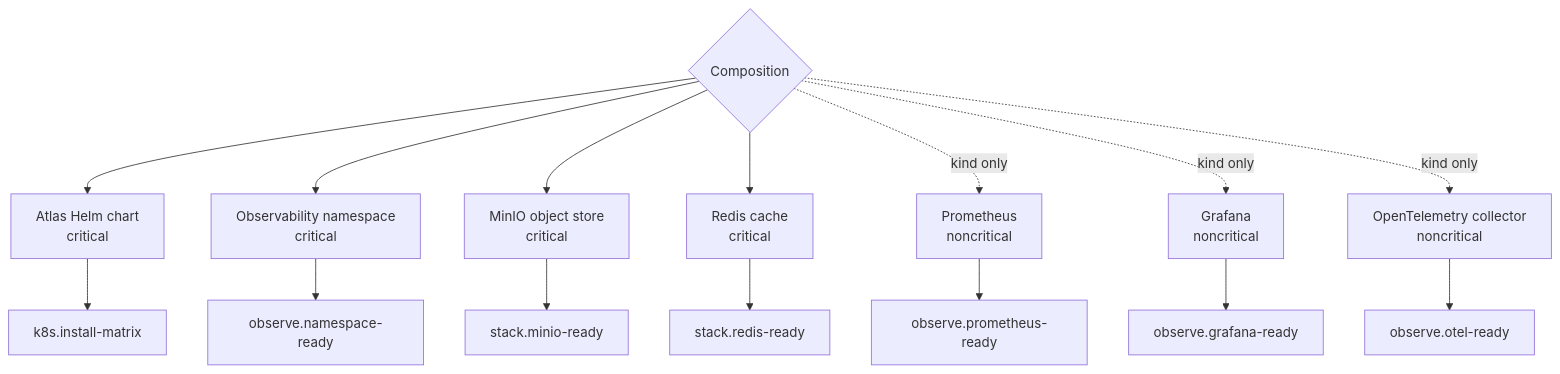
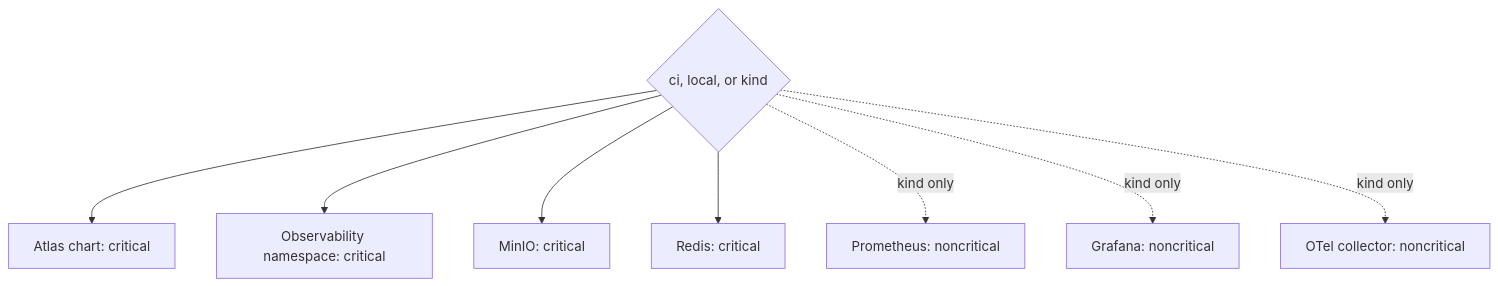
One commit to bijux/bijux-atlas changed the first of 2 diagrams in docs/bijux-atlas-ops/stack/dependency-graph.md. Above: the diagram before and after it, drawn with Mermaid. The commit also changed other lines of this file and 1 other file, not shown here.

Commit message:
docs(stack): separate serving authority from acceleration

````diff
--- a/docs/bijux-atlas-ops/stack/dependency-graph.md
+++ b/docs/bijux-atlas-ops/stack/dependency-graph.md
@@ -19,18 +19,11 @@
 ```mermaid
 flowchart TD
-    Profile{"Composition"}
-    Profile --> Chart["Atlas Helm chart<br/>critical"]
-    Profile --> Namespace["Observability namespace<br/>critical"]
-    Profile --> MinIO["MinIO object store<br/>critical"]
-    Profile --> Redis["Redis cache<br/>critical"]
-    Profile -. kind only .-> Prometheus["Prometheus<br/>noncritical"]
-    Profile -. kind only .-> Grafana["Grafana<br/>noncritical"]
-    Profile -. kind only .-> OTel["OpenTelemetry collector<br/>noncritical"]
-    Chart --> Install["k8s.install-matrix"]
-    Namespace --> NamespaceReady["observe.namespace-ready"]
-    MinIO --> MinIOReady["stack.minio-ready"]
-    Redis --> RedisReady["stack.redis-ready"]
-    Prometheus --> PromReady["observe.prometheus-ready"]
-    Grafana --> GrafanaReady["observe.grafana-ready"]
-    OTel --> OTelReady["observe.otel-ready"]
+    Profile{ci, local, or kind}
+    Profile --> Chart[Atlas chart: critical]
+    Profile --> Namespace[Observability namespace: critical]
+    Profile --> MinIO[MinIO: critical]
+    Profile --> Redis[Redis: critical]
+    Profile -. kind only .-> Prometheus[Prometheus: noncritical]
+    Profile -. kind only .-> Grafana[Grafana: noncritical]
+    Profile -. kind only .-> OTel[OTel collector: noncritical]
 ```
````
